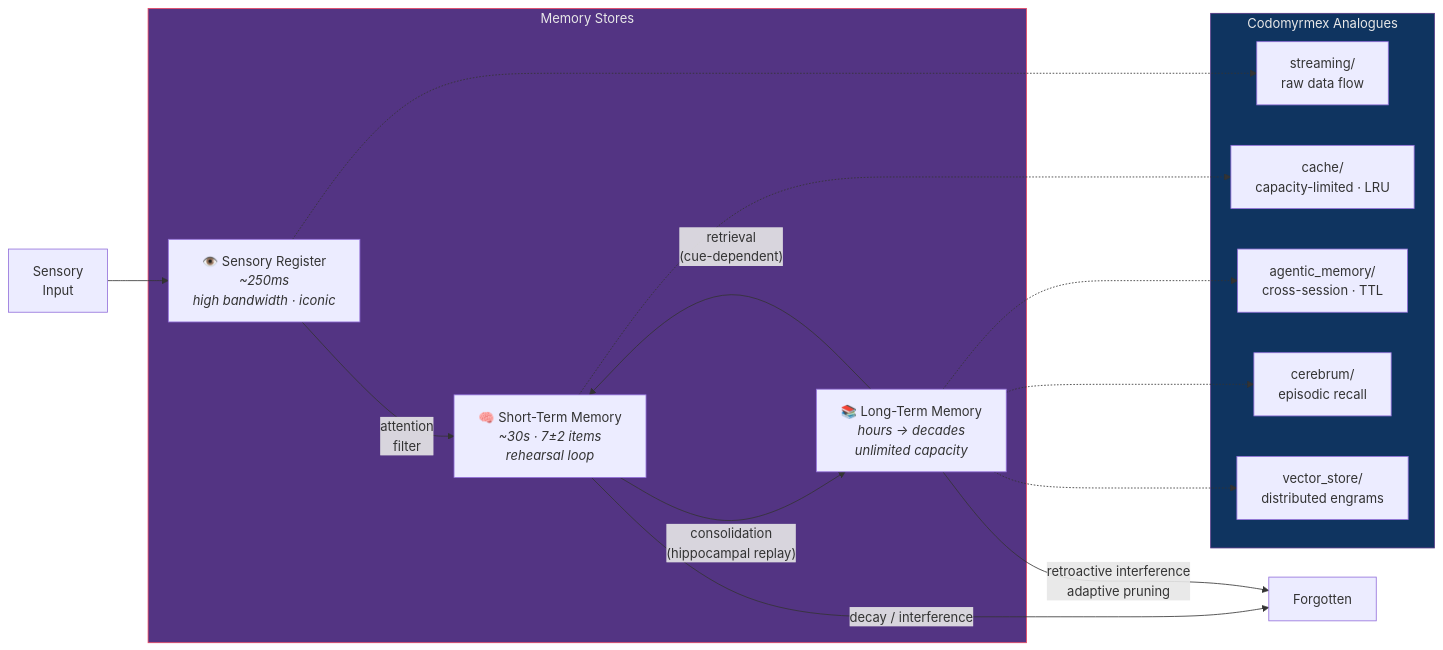
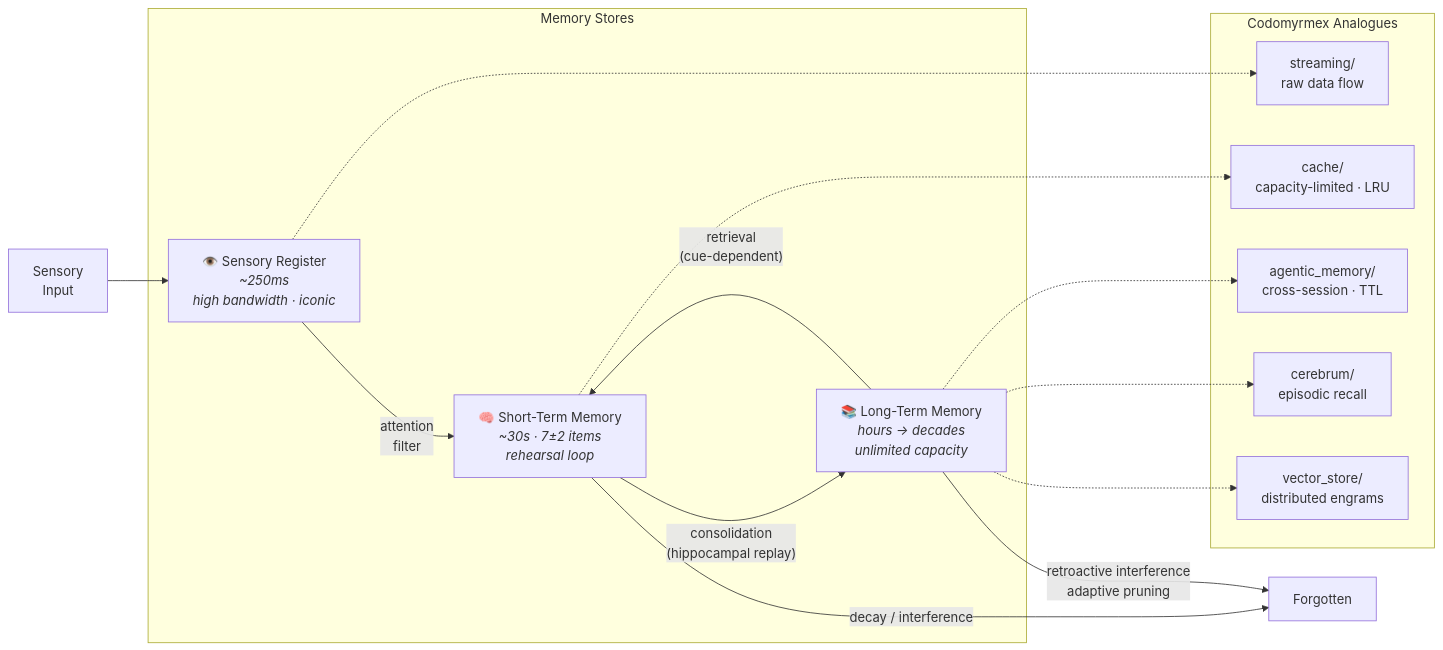
Before and after one commit to docxology/codomyrmex: the first of 2 diagrams in docs/bio/memory_and_forgetting.md, drawn with Mermaid. The commit also changed other lines of this file and 86 other files, not shown here.

````diff
--- a/docs/bio/memory_and_forgetting.md
+++ b/docs/bio/memory_and_forgetting.md
@@ -13,32 +13,29 @@
 ```mermaid
 graph LR
     subgraph STORES["Memory Stores"]
         SENSORY["👁️ Sensory Register<br/><i>~250ms</i><br/><i>high bandwidth · iconic</i>"]
         STM["🧠 Short-Term Memory<br/><i>~30s · 7±2 items</i><br/><i>rehearsal loop</i>"]
         LTM["📚 Long-Term Memory<br/><i>hours → decades</i><br/><i>unlimited capacity</i>"]
     end
 
     INPUT["Sensory<br/>Input"] --> SENSORY
     SENSORY -->|"attention<br/>filter"| STM
     STM -->|"consolidation<br/>(hippocampal replay)"| LTM
     LTM -->|"retrieval<br/>(cue-dependent)"| STM
     STM -->|"decay / interference"| FORGET["Forgotten"]
     LTM -->|"retroactive interference<br/>adaptive pruning"| FORGET
 
     subgraph CDM["Codomyrmex Analogues"]
         STREAM_M["streaming/<br/>raw data flow"]
         CACHE_M["cache/<br/>capacity-limited · LRU"]
         AMEM_M["agentic_memory/<br/>cross-session · TTL"]
         CERE_M["cerebrum/<br/>episodic recall"]
         VEC_M["vector_store/<br/>distributed engrams"]
     end
 
     SENSORY -.-> STREAM_M
     STM -.-> CACHE_M
     LTM -.-> AMEM_M
     LTM -.-> CERE_M
     LTM -.-> VEC_M
-
-    style STORES fill:#533483,stroke:#e94560,color:#e8e8e8
-    style CDM fill:#0f3460,stroke:#533483,color:#e8e8e8
 ```
````
